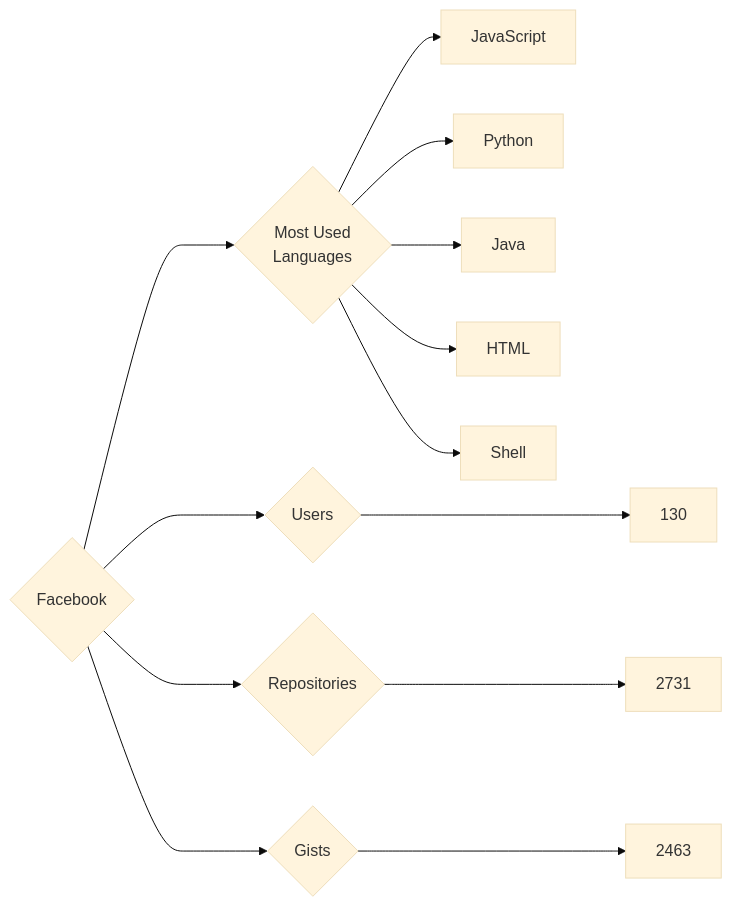
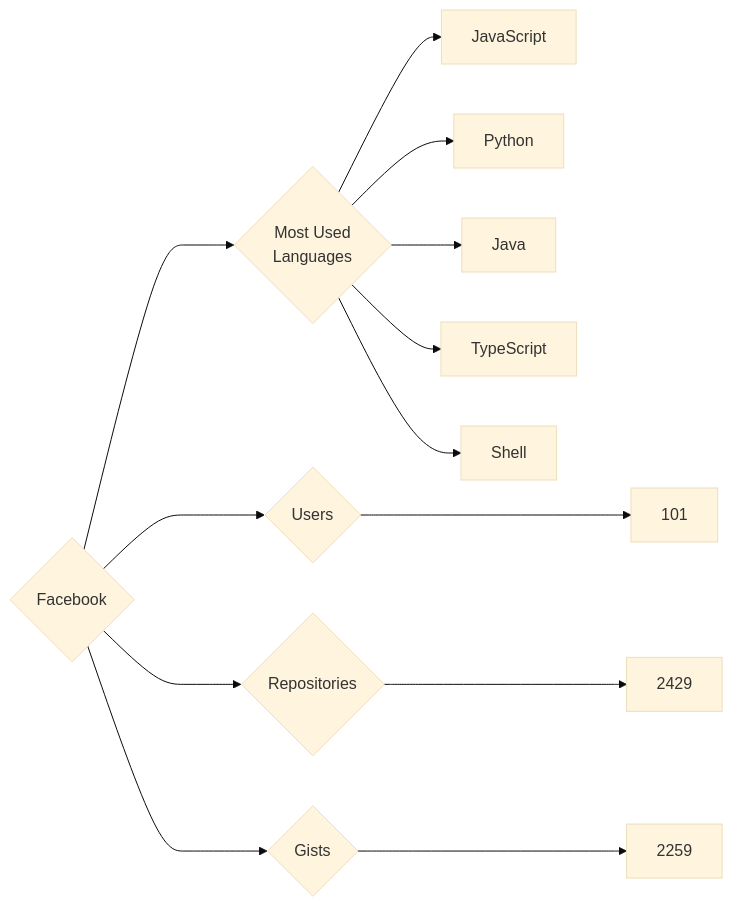
One commit to trickest/insiders changed the diagram in targets/Facebook/README.md. Above: the diagram before and after it, drawn with Mermaid (base theme). The commit also changed 814 other files, not shown here.

````diff
--- a/targets/Facebook/README.md
+++ b/targets/Facebook/README.md
@@ -3,13 +3,13 @@
 ```mermaid
 graph LR
 COMPANY_NAME{Facebook}
-COMPANY_NAME ---> U{Users} ---> UN[130]
-COMPANY_NAME ---> R{Repositories} ---> RN[2731]
-COMPANY_NAME ---> G{Gists} ---> GN[2463]
+COMPANY_NAME ---> U{Users} ---> UN[101]
+COMPANY_NAME ---> R{Repositories} ---> RN[2429]
+COMPANY_NAME ---> G{Gists} ---> GN[2259]
 COMPANY_NAME ---> ML{Most Used<br>Languages}
 ML --> JavaScript[JavaScript]
 ML --> Python[Python]
 ML --> Java[Java]
-ML --> HTML[HTML]
+ML --> TypeScript[TypeScript]
 ML --> Shell[Shell]
 ```
````
